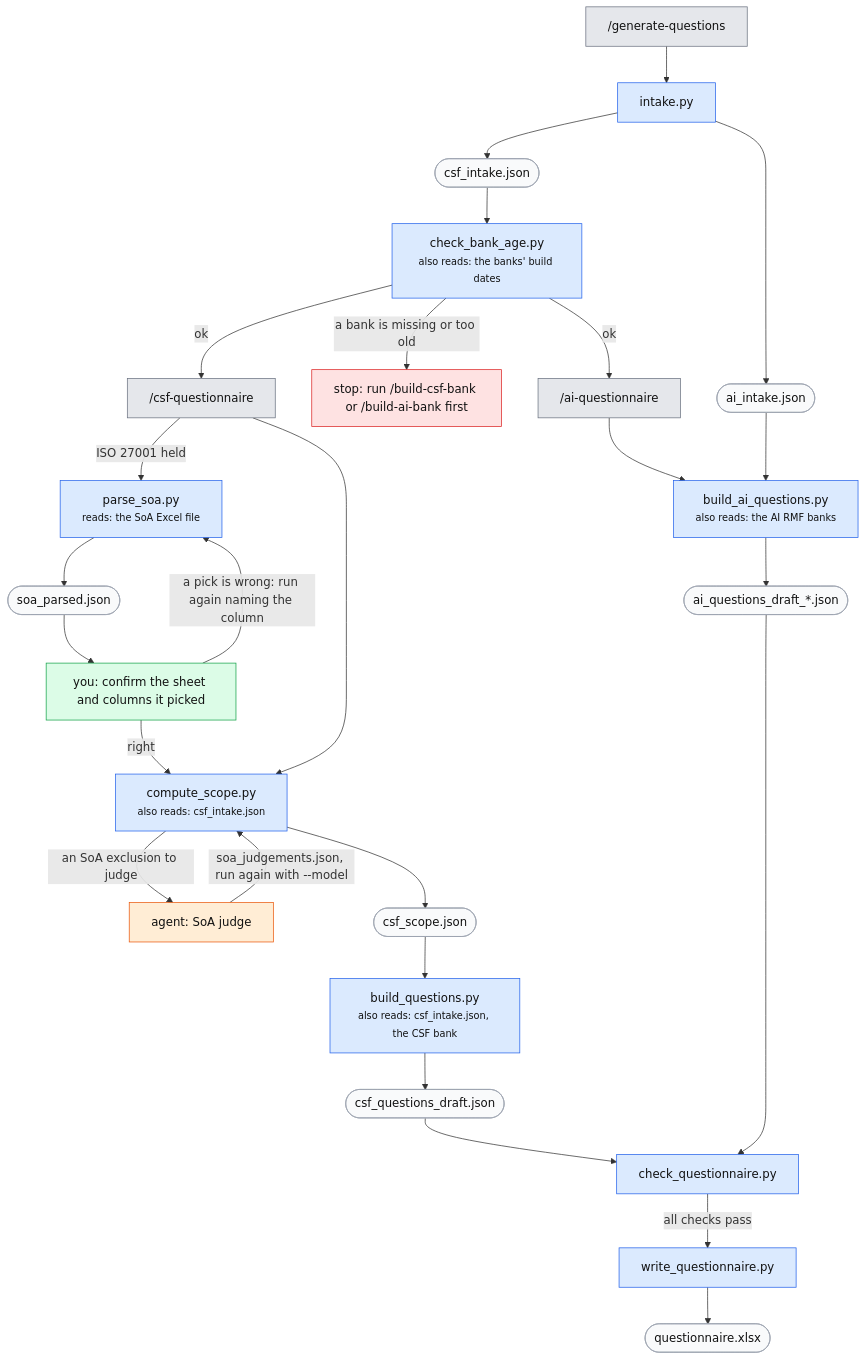
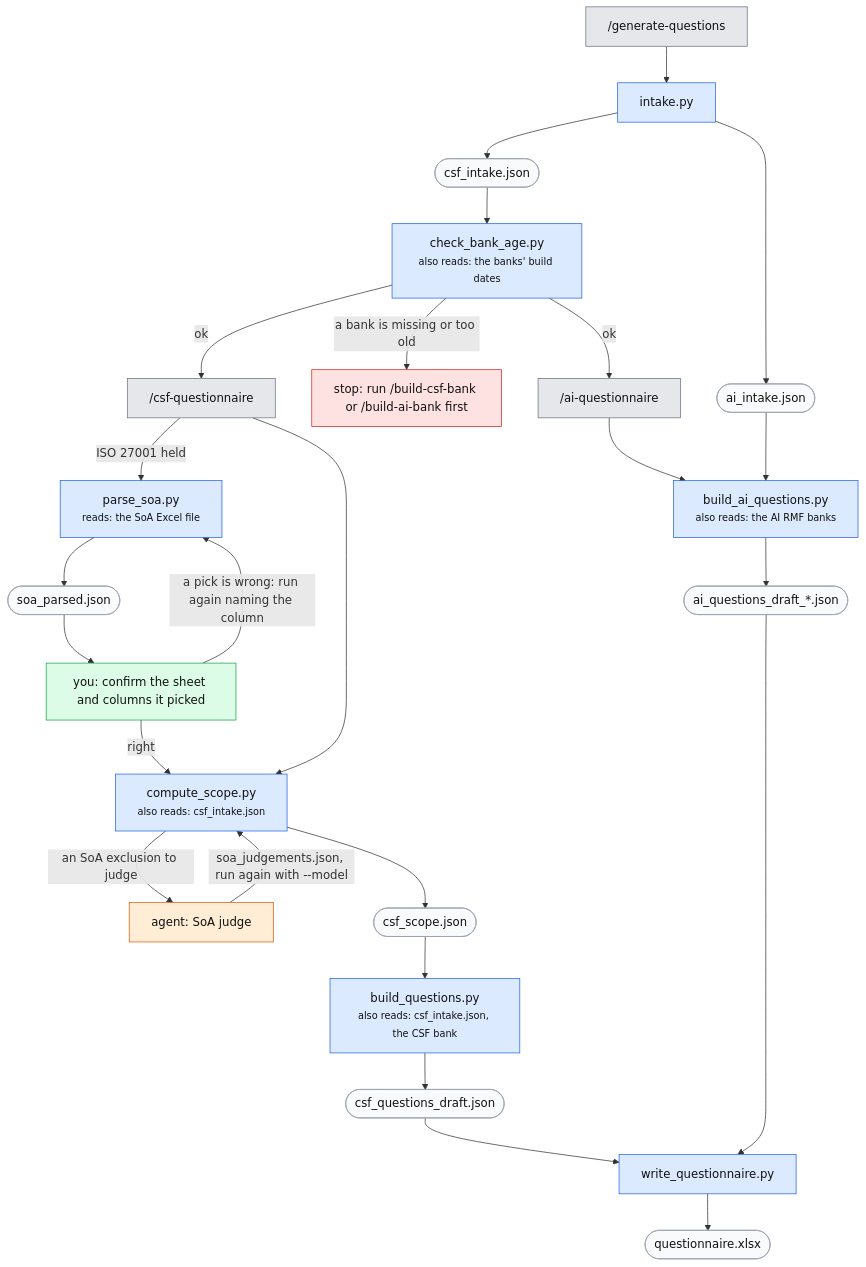
One commit to srilekha82/csf-ai-self-assessment changed the first of 3 diagrams in docs/guide.md. Above: the diagram before and after it, drawn with Mermaid. The commit also changed other lines of this file and 9 other files, not shown here.

First line of the commit message:
Remove check_questionnaire.py; the picks are checked by tests instead

````diff
--- a/docs/guide.md
+++ b/docs/guide.md
@@ -111,35 +111,34 @@
 ```mermaid
 flowchart TD
     GQ["/generate-questions"]:::cmd --> IN[intake.py]:::script
     IN --> INT([csf_intake.json]):::file
     IN --> USE([ai_intake.json]):::file
     INT --> AGE["check_bank_age.py<br/><small>also reads: the banks' build dates</small>"]:::script
     AGE -- "a bank is missing or too old" --> STOP["stop: run /build-csf-bank or /build-ai-bank first"]:::stop
     AGE -- ok --> CQ["/csf-questionnaire"]:::cmd
     AGE -- ok --> AQ["/ai-questionnaire"]:::cmd
 
     CQ -- "ISO 27001 held" --> SOA["parse_soa.py<br/><small>reads: the SoA Excel file</small>"]:::script --> SOAJ([soa_parsed.json]):::file
     SOAJ --> OK1["you: confirm the sheet and columns it picked"]:::you
     OK1 -- "a pick is wrong: run again naming the column" --> SOA
     OK1 -- right --> SC["compute_scope.py<br/><small>also reads: csf_intake.json</small>"]:::script
     CQ --> SC
     SC -- "an SoA exclusion to judge" --> J["agent: SoA judge"]:::agent -- "soa_judgements.json, run again with --model" --> SC
     SC --> SCJ([csf_scope.json]):::file --> BQ["build_questions.py<br/><small>also reads: csf_intake.json, the CSF bank</small>"]:::script
     BQ --> CD([csf_questions_draft.json]):::file
 
     AQ --> BAQ["build_ai_questions.py<br/><small>also reads: the AI RMF banks</small>"]:::script
     USE --> BAQ
     BAQ --> AD([ai_questions_draft_*.json]):::file
 
-    CD --> CHK[check_questionnaire.py]:::script
-    AD --> CHK
-    CHK -- "all checks pass" --> WQ[write_questionnaire.py]:::script --> X([questionnaire.xlsx]):::file
+    CD --> WQ[write_questionnaire.py]:::script --> X([questionnaire.xlsx]):::file
+    AD --> WQ
 
     classDef cmd fill:#e5e7eb,stroke:#6b7280,color:#111
     classDef script fill:#dbeafe,stroke:#2563eb,color:#111
     classDef agent fill:#ffedd5,stroke:#ea580c,color:#111
     classDef you fill:#dcfce7,stroke:#16a34a,color:#111
     classDef file fill:#f9fafb,stroke:#9ca3af,color:#111
     classDef stop fill:#fee2e2,stroke:#dc2626,color:#111
     classDef you fill:#dcfce7,stroke:#16a34a,color:#111
 ```
````
